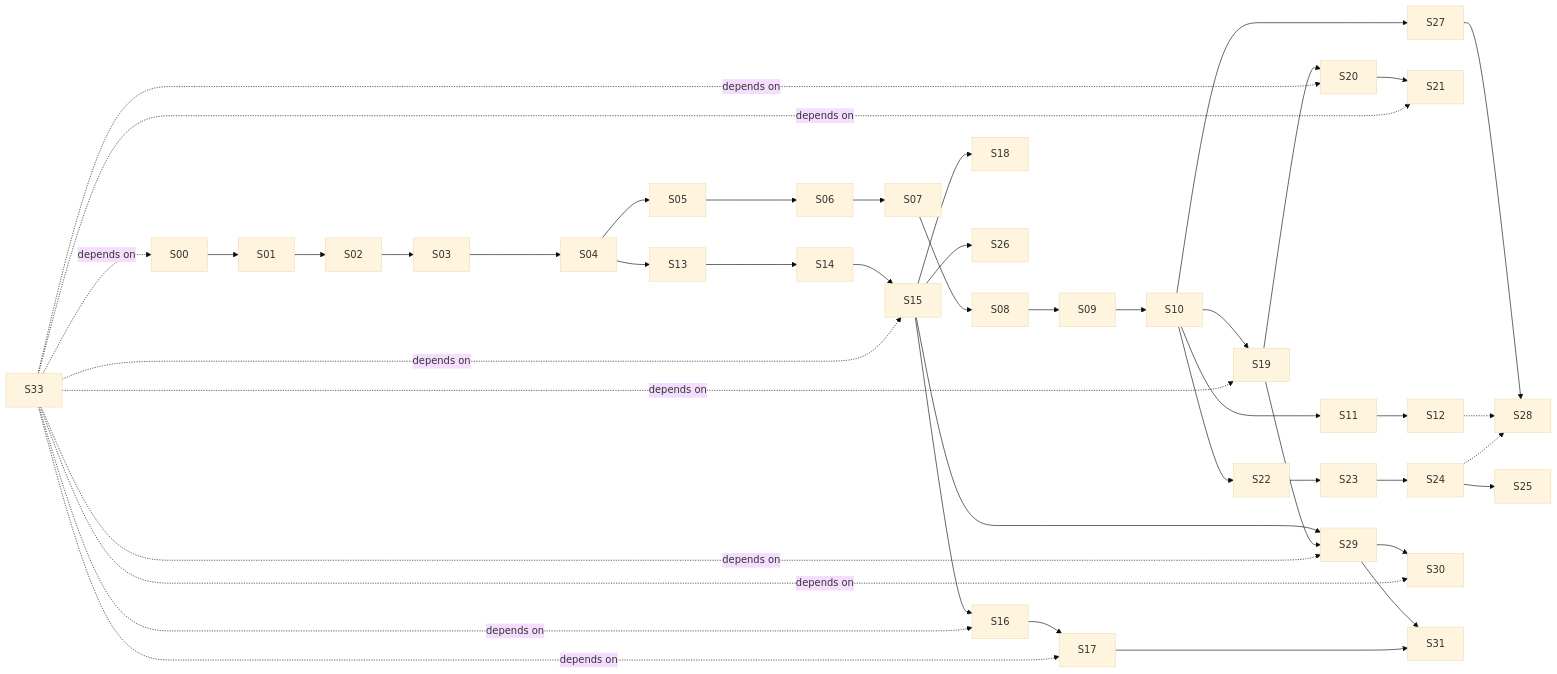
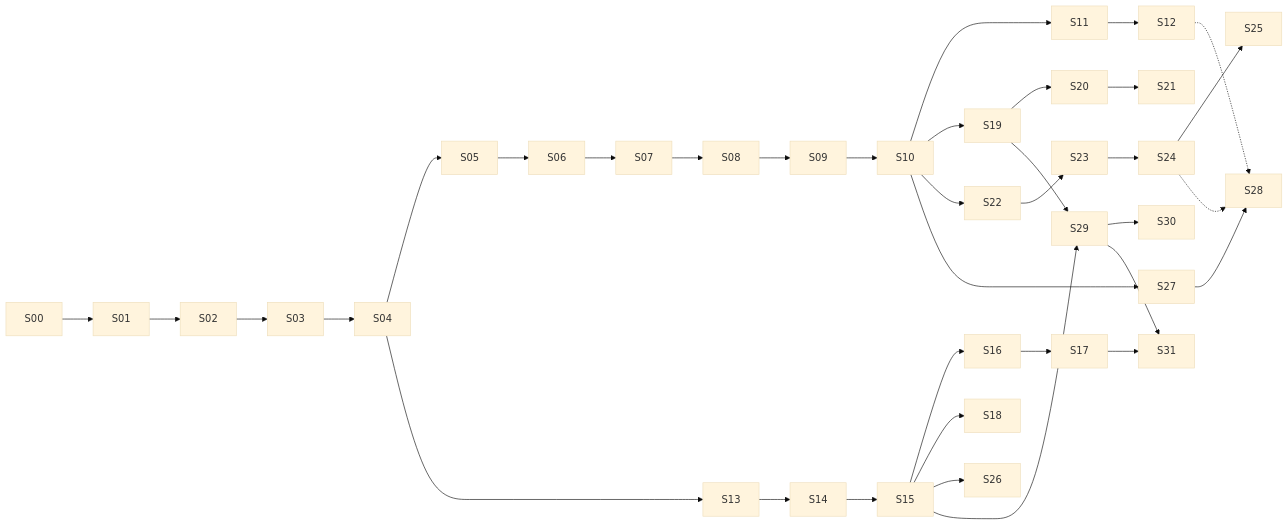
The diagram in docs/stories.md (smitea/bee), drawn with Mermaid (base theme) before and after one commit. The commit also changed other lines of this file and 30 other files, not shown here.

````diff
--- a/docs/stories.md
+++ b/docs/stories.md
@@ -35,32 +42,22 @@
 ```mermaid
 graph LR
     S00 --> S01 --> S02 --> S03 --> S04 --> S05 --> S06 --> S07 --> S08 --> S09 --> S10
 
     S10 --> S11 --> S12
     S04 --> S13 --> S14 --> S15
     S15 --> S16 --> S17
     S15 --> S18
     S15 --> S26
     S10 --> S19 --> S20 --> S21
     S10 --> S22 --> S23 --> S24 --> S25
     S10 --> S27 --> S28
 
     S15 --> S29
     S19 --> S29
     S29 --> S30
     S29 --> S31
     S17 --> S31
 
-    S33 -.depends on.-> S00
-    S33 -.depends on.-> S15
-    S33 -.depends on.-> S16
-    S33 -.depends on.-> S17
-    S33 -.depends on.-> S19
-    S33 -.depends on.-> S20
-    S33 -.depends on.-> S21
-    S33 -.depends on.-> S29
-    S33 -.depends on.-> S30
-
     S12 -.-> S28
     S24 -.-> S28
 ```
````
